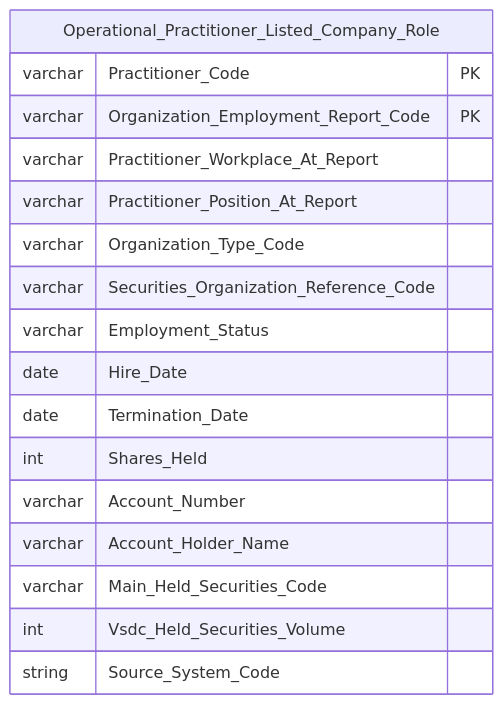
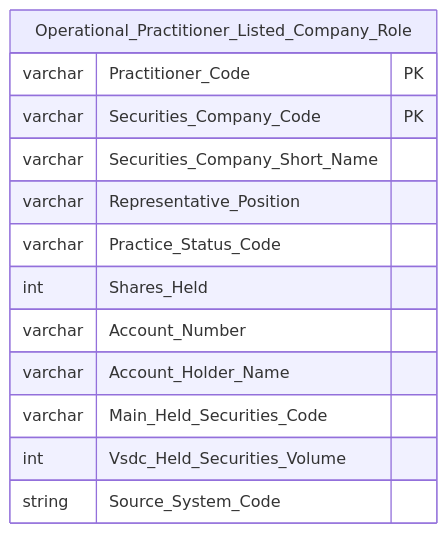
Diagram 26 of 40 in Datamart/hld/DTM_NHNCK_HLD.md (linhlvit/ubck_atomic_design), drawn with Mermaid before and after one commit. The commit also changed other lines of this file and 36 other files, not shown here.

````diff
--- a/Datamart/hld/DTM_NHNCK_HLD.md
+++ b/Datamart/hld/DTM_NHNCK_HLD.md
@@ -1126,21 +1134,17 @@
 ```mermaid
 erDiagram
     Operational_Practitioner_Listed_Company_Role {
         varchar Practitioner_Code PK
-        varchar Organization_Employment_Report_Code PK
-        varchar Practitioner_Workplace_At_Report
-        varchar Practitioner_Position_At_Report
-        varchar Organization_Type_Code
-        varchar Securities_Organization_Reference_Code
-        varchar Employment_Status
-        date Hire_Date
-        date Termination_Date
+        varchar Securities_Company_Code PK
+        varchar Securities_Company_Short_Name
+        varchar Representative_Position
+        varchar Practice_Status_Code
         int Shares_Held
         varchar Account_Number
         varchar Account_Holder_Name
         varchar Main_Held_Securities_Code
         int Vsdc_Held_Securities_Volume
         string Source_System_Code
 
     }
 ```
````
